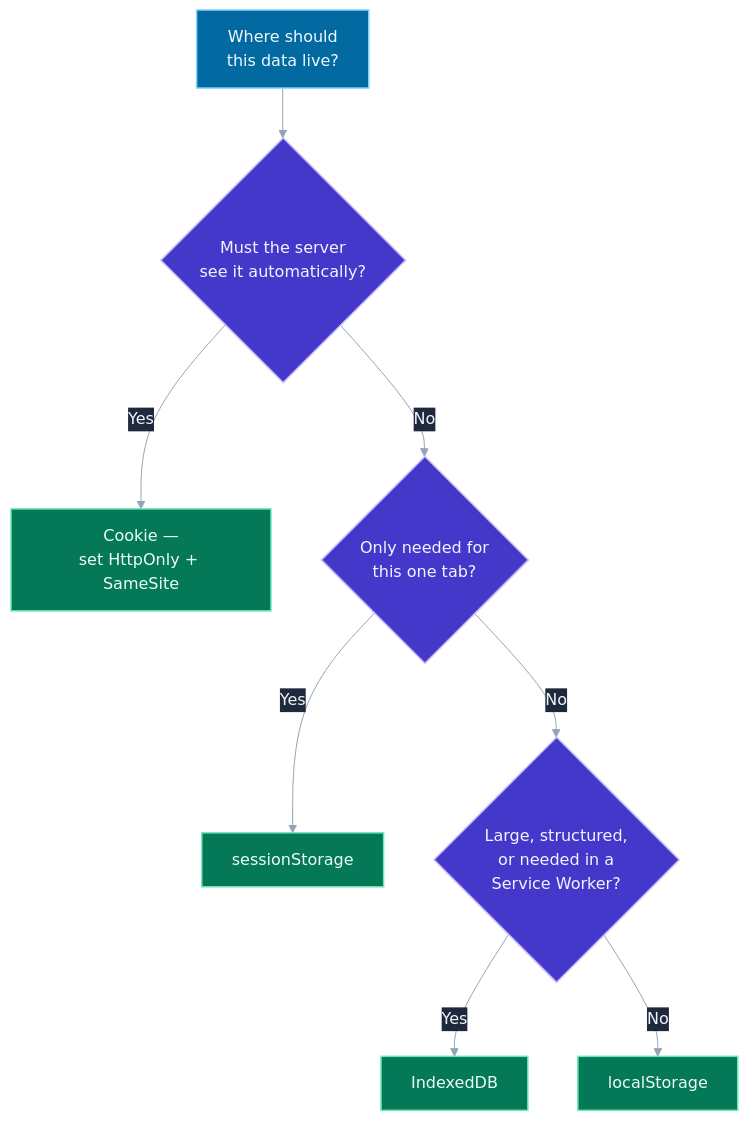
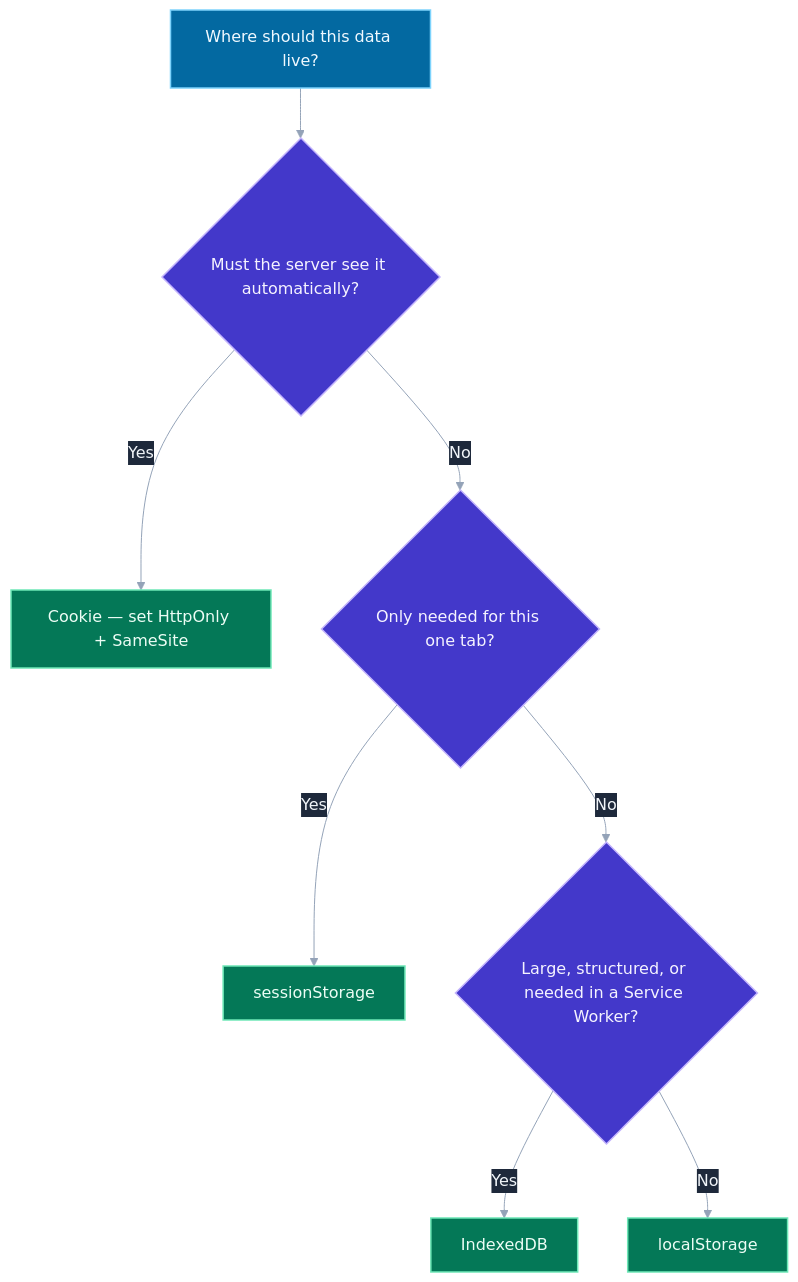
One commit to vinayakhumberi/litmus changed the second of 2 diagrams in data/topics/cors-storage-cookies.md. Above: the diagram before and after it, drawn with Mermaid. The commit also changed other lines of this file and 68 other files, not shown here.

````diff
--- a/data/topics/cors-storage-cookies.md
+++ b/data/topics/cors-storage-cookies.md
@@ -134,19 +134,19 @@
 ```mermaid
 %%{init: {"theme": "base", "themeVariables": {"primaryColor":"#334155","primaryTextColor":"#f1f5f9","primaryBorderColor":"#64748b","lineColor":"#94a3b8","edgeLabelBackground":"#1e293b","textColor":"#f1f5f9","fontSize":"16px"}}}%%
 flowchart TD
-    A["Where should<br>this data live?"] --> B{"Must the server<br>see it automatically?"}
-    B -- "Yes" --> C["Cookie —<br>set HttpOnly + SameSite"]
-    B -- "No" --> D{"Only needed for<br>this one tab?"}
+    A["Where should this data live?"] --> B{"Must the server see it automatically?"}
+    B -- "Yes" --> C["Cookie — set HttpOnly + SameSite"]
+    B -- "No" --> D{"Only needed for this one tab?"}
     D -- "Yes" --> E["sessionStorage"]
-    D -- "No" --> F{"Large, structured,<br>or needed in a<br>Service Worker?"}
+    D -- "No" --> F{"Large, structured, or needed in a Service Worker?"}
     F -- "Yes" --> G["IndexedDB"]
     F -- "No" --> H["localStorage"]
 
     classDef start fill:#0369a1,stroke:#7dd3fc,color:#f0f9ff,stroke-width:1.5px
     classDef decision fill:#4338ca,stroke:#c4b5fd,color:#f5f3ff,stroke-width:1.5px
     classDef result fill:#047857,stroke:#6ee7b7,color:#ecfdf5,stroke-width:1.5px
 
     class A start
     class B,D,F decision
     class C,E,G,H result
 ```
````
